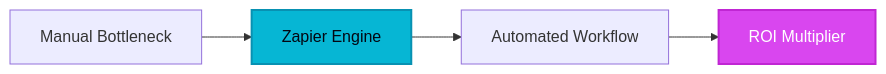
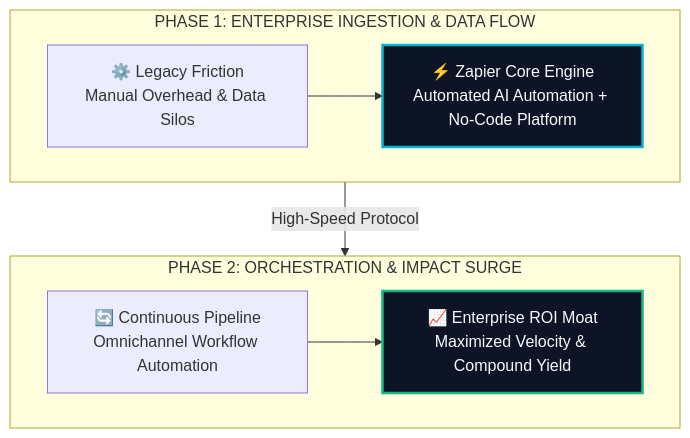
The diagram in site/src/content/blog/zapier-evolution-guide-2026.md (heliatech-media/saas-radar), drawn with Mermaid before and after one commit. The commit also changed 97 other files, not shown here.

First line of the commit message:
feat(diagrams): upgrade all article architecture schemas to high-impact 2-tier responsive vector blueprints

````diff
--- a/site/src/content/blog/zapier-evolution-guide-2026.md
+++ b/site/src/content/blog/zapier-evolution-guide-2026.md
@@ -52,8 +52,14 @@
 ```mermaid
-flowchart LR
-    A[Manual Bottleneck] --> B[Zapier Engine]
-    B --> C[Automated Workflow]
-    C --> D[ROI Multiplier]
-    style B fill:#06b6d4,stroke:#0891b2,stroke-width:2px,color:#030712
-    style D fill:#d946ef,stroke:#c026d3,stroke-width:2px,color:#ffffff
+flowchart TD
+    subgraph S1["PHASE 1: ENTERPRISE INGESTION & DATA FLOW"]
+        direction LR
+        A["⚙️ Legacy Friction<br/>Manual Overhead & Data Silos"] --> B["⚡ Zapier Core Engine<br/>Automated AI Automation + No-Code Platform"]
+    end
+    subgraph S2["PHASE 2: ORCHESTRATION & IMPACT SURGE"]
+        direction LR
+        C["🔄 Continuous Pipeline<br/>Omnichannel Workflow Automation"] --> D["📈 Enterprise ROI Moat<br/>Maximized Velocity & Compound Yield"]
+    end
+    S1 -->|High-Speed Protocol| S2
+    style B fill:#0c1425,stroke:#06b6d4,stroke-width:2.5px,color:#f8fafc
+    style D fill:#0c1425,stroke:#10b981,stroke-width:2.5px,color:#f8fafc
 ```
````
